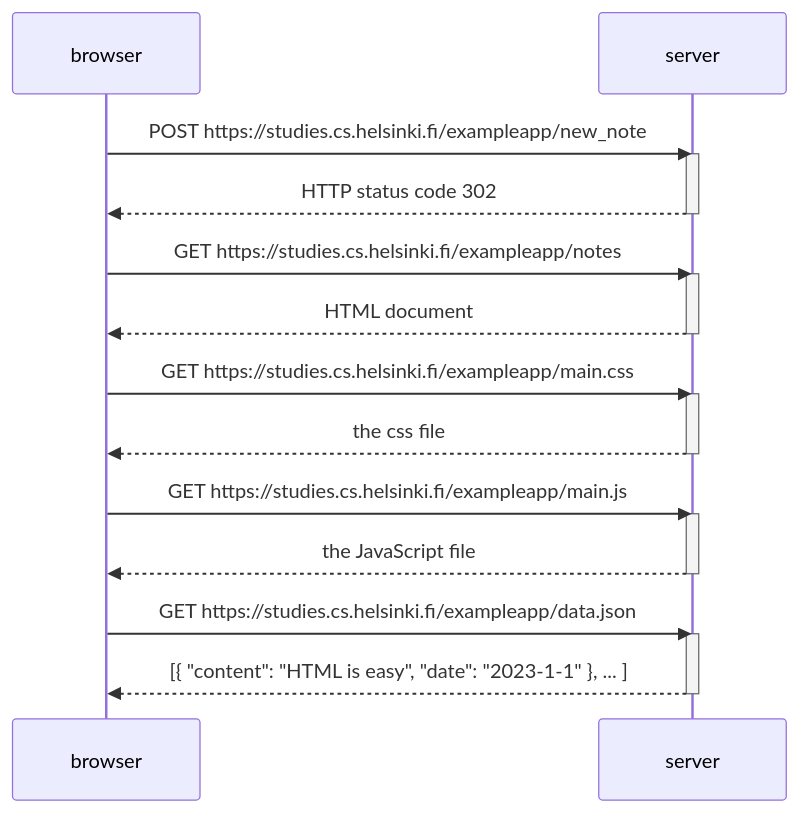
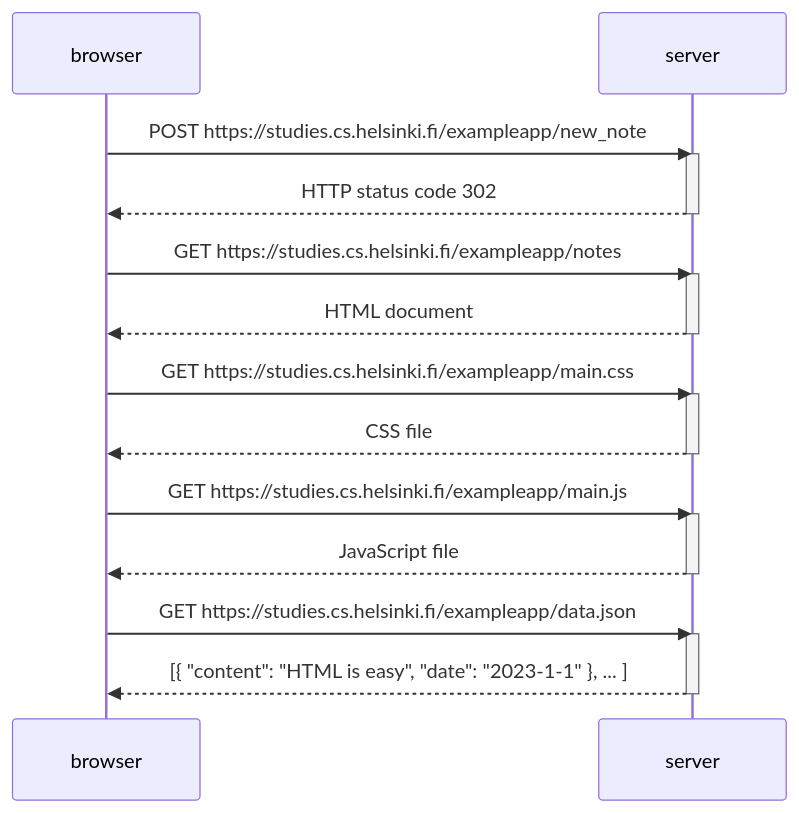
One commit to azizkoumenji/fullstackopen-part0-exercises changed the diagram in exercise 0.4.md. Above: the diagram before and after it, drawn with Mermaid.

Commit message:
Update exercise 0.4.md

````diff
--- a/exercise 0.4.md
+++ b/exercise 0.4.md
@@ -1,30 +1,30 @@
 ```mermaid
 sequenceDiagram
   participant browser
   participant server
   
   browser->>server: POST https://studies.cs.helsinki.fi/exampleapp/new_note
   activate server
   server-->>browser: HTTP status code 302
   deactivate server
   
   browser->>server: GET https://studies.cs.helsinki.fi/exampleapp/notes
   activate server
   server-->>browser: HTML document
   deactivate server
 
   browser->>server: GET https://studies.cs.helsinki.fi/exampleapp/main.css
   activate server
-  server-->>browser: the css file
+  server-->>browser: CSS file
   deactivate server
 
   browser->>server: GET https://studies.cs.helsinki.fi/exampleapp/main.js
   activate server
-  server-->>browser: the JavaScript file
+  server-->>browser: JavaScript file
   deactivate server
 
   browser->>server: GET https://studies.cs.helsinki.fi/exampleapp/data.json
   activate server
   server-->>browser: [{ "content": "HTML is easy", "date": "2023-1-1" }, ... ]
   deactivate server
 ```
````
